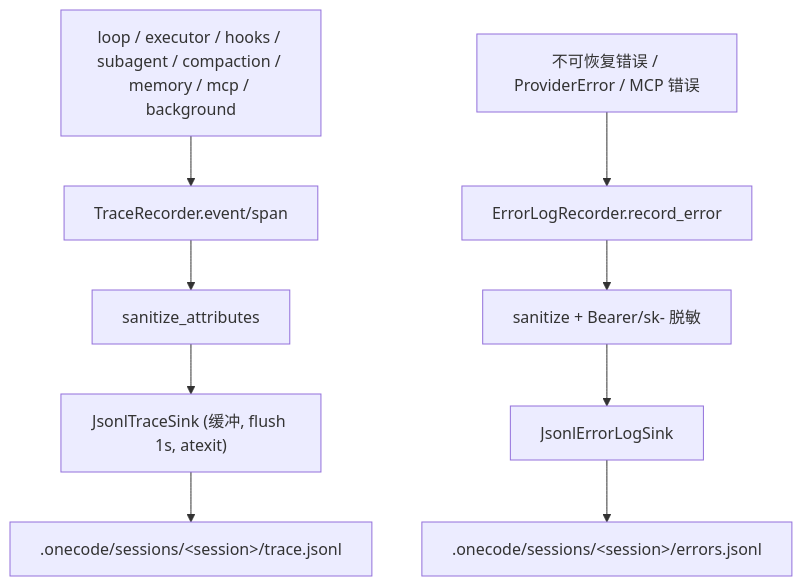
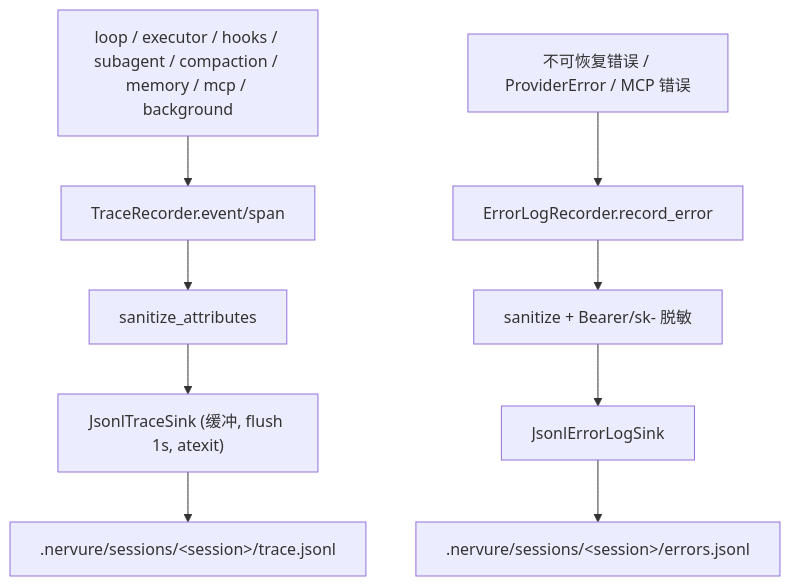
One commit to user0452/Nervure changed the diagram in docs/design-docs/observability-architecture.md. Above: the diagram before and after it, drawn with Mermaid. The commit also changed other lines of this file and 819 other files, not shown here.

````diff
--- a/docs/design-docs/observability-architecture.md
+++ b/docs/design-docs/observability-architecture.md
@@ -45,12 +45,12 @@
 ```mermaid
 flowchart TD
   Loop["loop / executor / hooks / subagent / compaction / memory / mcp / background"] --> Rec["TraceRecorder.event/span"]
   Rec --> San["sanitize_attributes"]
   San --> Sink["JsonlTraceSink (缓冲, flush 1s, atexit)"]
-  Sink --> File[".onecode/sessions/&lt;session&gt;/trace.jsonl"]
+  Sink --> File[".nervure/sessions/&lt;session&gt;/trace.jsonl"]
 
   Err["不可恢复错误 / ProviderError / MCP 错误"] --> ErrRec["ErrorLogRecorder.record_error"]
   ErrRec --> San2["sanitize + Bearer/sk- 脱敏"]
   San2 --> ErrSink["JsonlErrorLogSink"]
-  ErrSink --> ErrFile[".onecode/sessions/&lt;session&gt;/errors.jsonl"]
+  ErrSink --> ErrFile[".nervure/sessions/&lt;session&gt;/errors.jsonl"]
 ```
````
